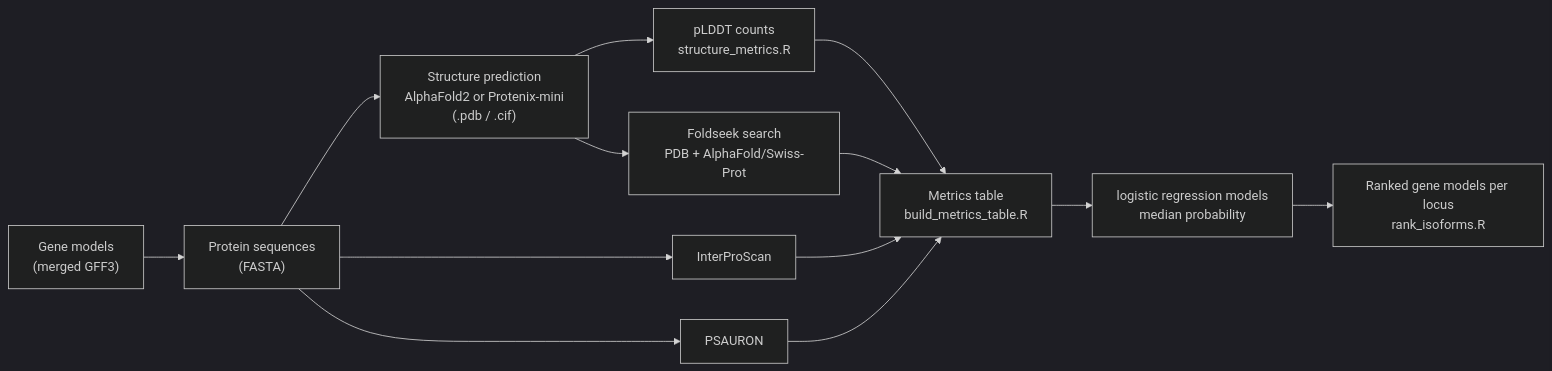
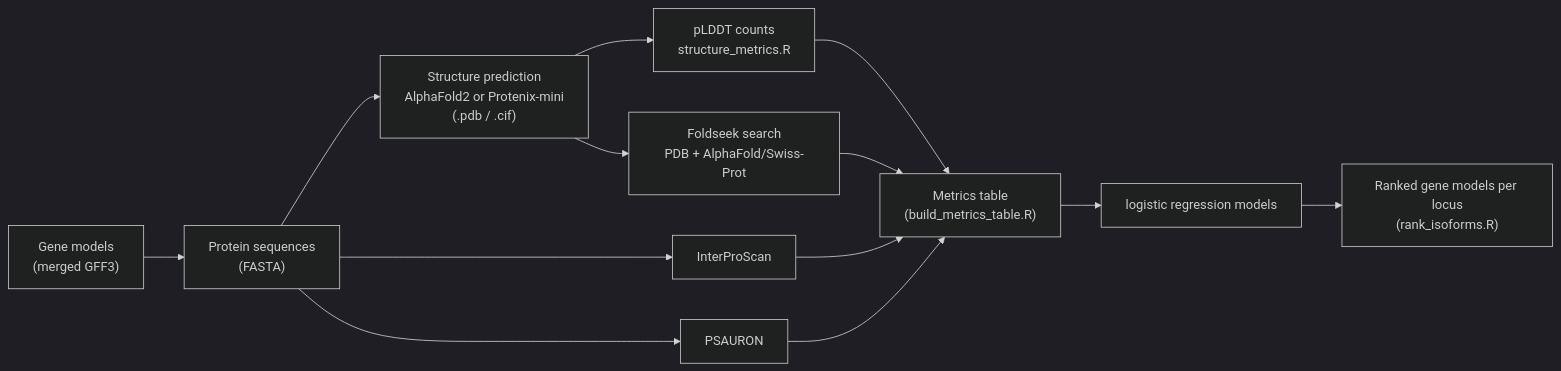
One commit to PGB-LIV/GeneStructor changed the diagram in README.md. Above: the diagram before and after it, drawn with Mermaid (dark theme).

Commit message:
Refine README metrics and model references
Updated references in the metrics table and logistic regression models sections to include file names.

````diff
--- a/README.md
+++ b/README.md
@@ -36,12 +36,12 @@
 ```mermaid
 flowchart LR
     A["Gene models<br/>(merged GFF3)"] --> B["Protein sequences<br/>(FASTA)"]
     B --> C["Structure prediction<br/>AlphaFold2 or Protenix-mini<br/>(.pdb / .cif)"]
     C --> D["pLDDT counts<br/>structure_metrics.R"]
     C --> E["Foldseek search<br/>PDB + AlphaFold/Swiss-Prot"]
     B --> F["InterProScan"]
     B --> G["PSAURON"]
-    D & E & F & G --> H["Metrics table<br/>build_metrics_table.R"]
-    H --> I["logistic regression models<br/>median probability"]
-    I --> J["Ranked gene models per locus<br/>rank_isoforms.R"]
+    D & E & F & G --> H["Metrics table<br/>(build_metrics_table.R)"]
+    H --> I["logistic regression models<br/>"]
+    I --> J["Ranked gene models per locus<br/>(rank_isoforms.R)"]
 ```
````
